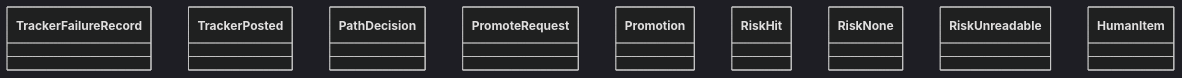
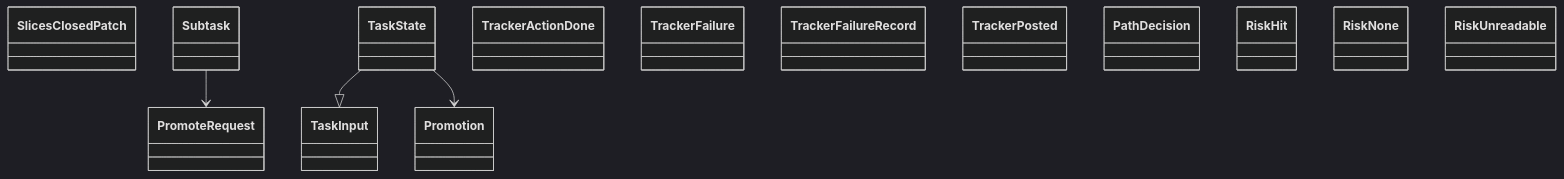
The diagram in docs/architecture/generated/classes-process-domain-state-7.md (GonzaloZevallos/agentic-system), drawn with Mermaid (dark theme) before and after one commit. The commit also changed other lines of this file and 19 other files, not shown here.

Commit message:
Regenerate the architecture pages for the roles cluster

````diff
--- a/docs/architecture/generated/classes-process-domain-state-7.md
+++ b/docs/architecture/generated/classes-process-domain-state-7.md
@@ -25,12 +25,20 @@
 ```mermaid
 classDiagram
+    class task__SlicesClosedPatch["SlicesClosedPatch"]
+    class task__Subtask["Subtask"]
+    class task__TaskInput["TaskInput"]
+    class task__TaskState["TaskState"]
+    class task__TrackerActionDone["TrackerActionDone"]
+    class task__TrackerFailure["TrackerFailure"]
     class task__TrackerFailureRecord["TrackerFailureRecord"]
     class task__TrackerPosted["TrackerPosted"]
     class task_path__PathDecision["PathDecision"]
     class task_path__PromoteRequest["PromoteRequest"]
     class task_path__Promotion["Promotion"]
     class task_path__RiskHit["RiskHit"]
     class task_path__RiskNone["RiskNone"]
     class task_path__RiskUnreadable["RiskUnreadable"]
-    class tracker_items__HumanItem["HumanItem"]
+    task__Subtask --> task_path__PromoteRequest
+    task__TaskState --|> task__TaskInput
+    task__TaskState --> task_path__Promotion
 ```
````
